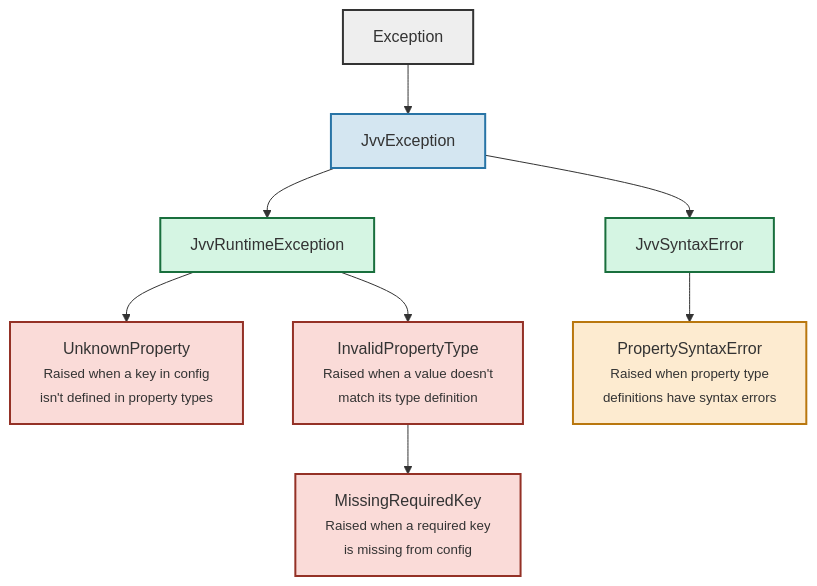
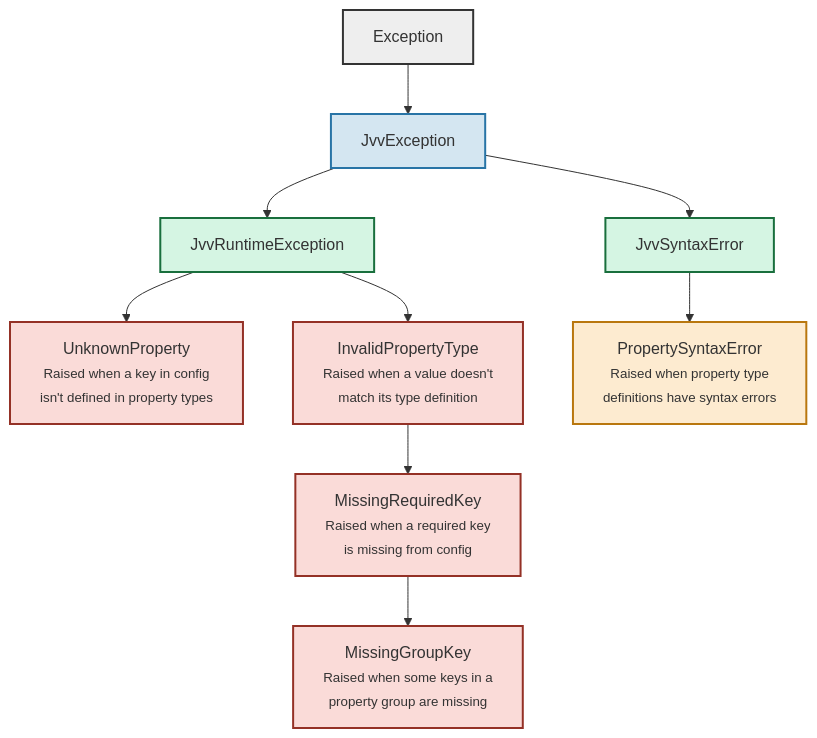
Before and after one commit to daijro/camoufox: the diagram in jsonvv/README.md, drawn with Mermaid. The commit also changed other lines of this file and 6 other files, not shown here.

````diff
--- a/jsonvv/README.md
+++ b/jsonvv/README.md
@@ -615,24 +630,25 @@
 ```mermaid
 graph TD
     Exception --> JvvException
     JvvException --> JvvRuntimeException
     JvvException --> JvvSyntaxError
 
     JvvRuntimeException --> UnknownProperty["UnknownProperty<br/><small>Raised when a key in config<br/>isn't defined in property types</small>"]
     JvvRuntimeException --> InvalidPropertyType["InvalidPropertyType<br/><small>Raised when a value doesn't<br/>match its type definition</small>"]
     InvalidPropertyType --> MissingRequiredKey["MissingRequiredKey<br/><small>Raised when a required key<br/>is missing from config</small>"]
+    MissingRequiredKey --> MissingGroupKey["MissingGroupKey<br/><small>Raised when some keys in a<br/>property group are missing</small>"]
 
     JvvSyntaxError --> PropertySyntaxError["PropertySyntaxError<br/><small>Raised when property type<br/>definitions have syntax errors</small>"]
 
     classDef base fill:#eee,stroke:#333,stroke-width:2px;
     classDef jvv fill:#d4e6f1,stroke:#2874a6,stroke-width:2px;
     classDef runtime fill:#d5f5e3,stroke:#196f3d,stroke-width:2px;
     classDef syntax fill:#fdebd0,stroke:#b9770e,stroke-width:2px;
     classDef error fill:#fadbd8,stroke:#943126,stroke-width:2px;
 
     class Exception base;
     class JvvException jvv;
     class JvvRuntimeException,JvvSyntaxError runtime;
     class PropertySyntaxError syntax;
-    class UnknownProperty,InvalidPropertyType,MissingRequiredKey error;
+    class UnknownProperty,InvalidPropertyType,MissingRequiredKey,MissingGroupKey error;
 ```
````
